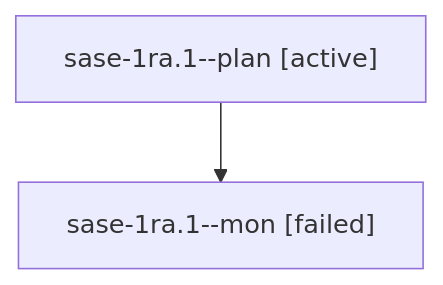
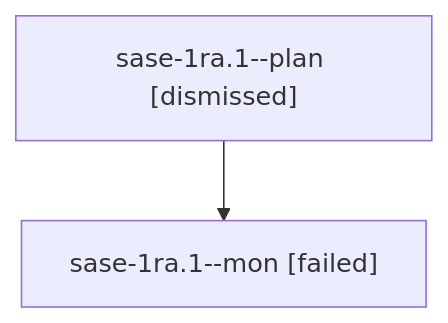
The diagram in sessions/bbugyi200.athena.sase-1ra.1.md (sase-org/sase--agents), drawn with Mermaid before and after one commit. The commit also changed other lines of this file and 56 other files, not shown here.

````diff
--- a/sessions/bbugyi200.athena.sase-1ra.1.md
+++ b/sessions/bbugyi200.athena.sase-1ra.1.md
@@ -9,6 +9,6 @@
 ```mermaid
 flowchart TD
-  n0["sase-1ra.1--plan [active]"]
+  n0["sase-1ra.1--plan [dismissed]"]
   n1["sase-1ra.1--mon [failed]"]
   n0 --> n1
 ```
````
